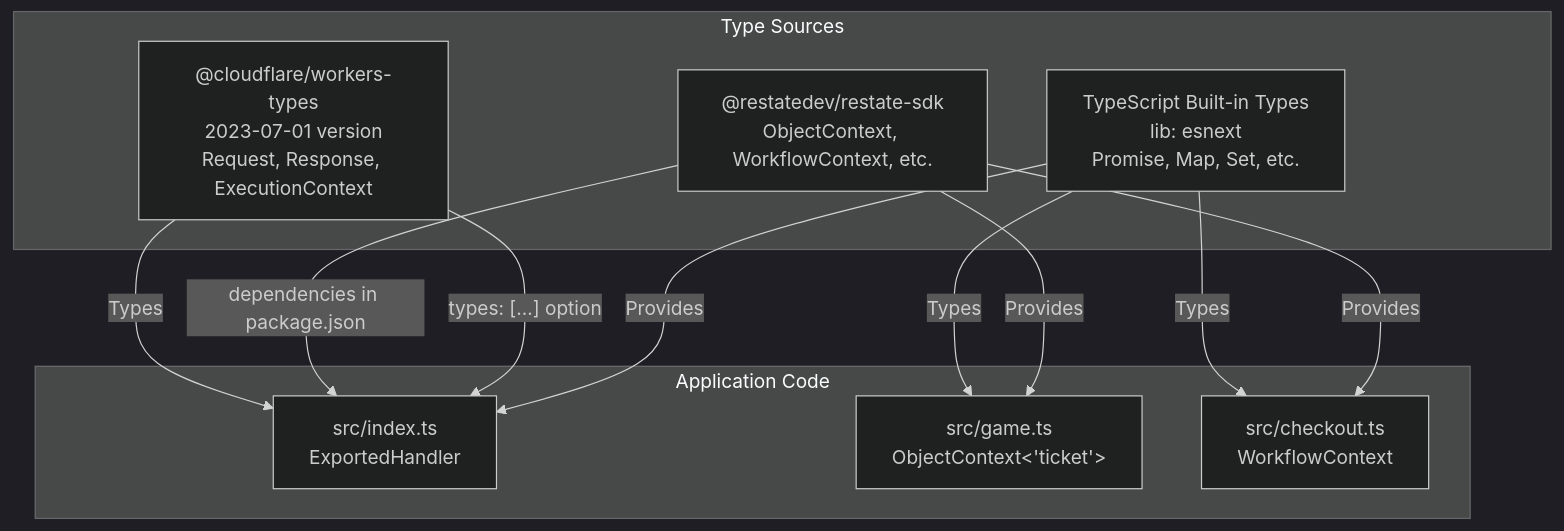
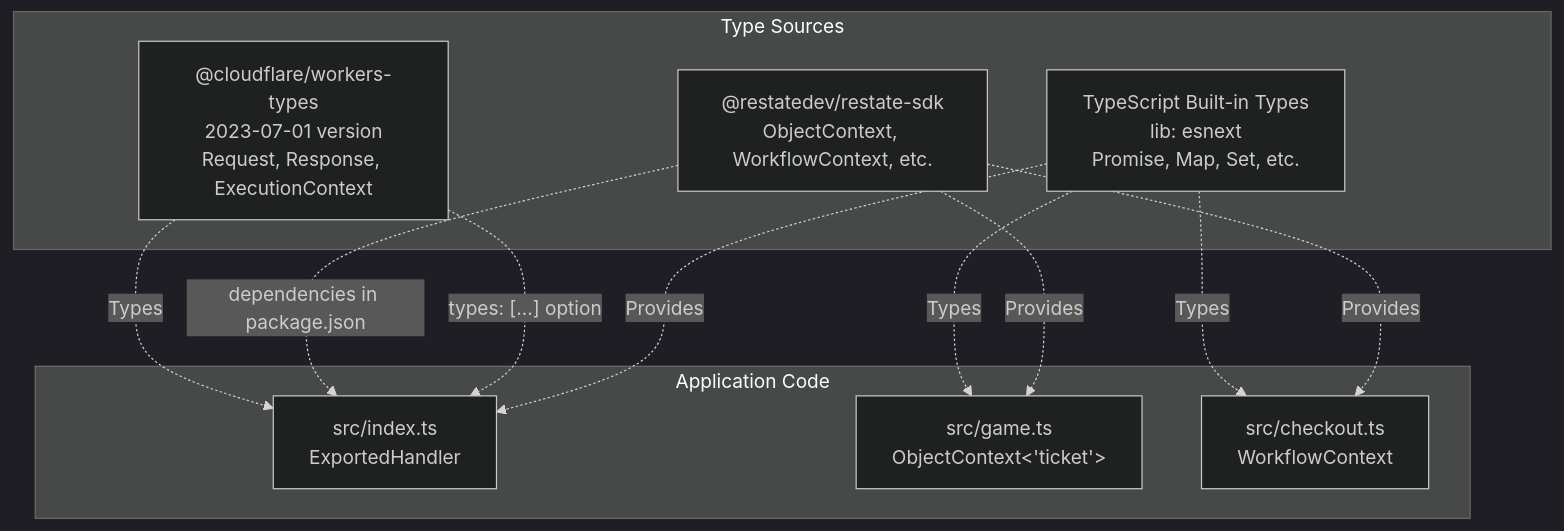
One commit to philipz/restate-cloudflare-workers-poc changed the second of 3 diagrams in docs/deepwiki/TypeScript-Configuration.md. Above: the diagram before and after it, drawn with Mermaid (dark theme). The commit also changed other lines of this file and 27 other files, not shown here.

````diff
--- a/docs/deepwiki/TypeScript-Configuration.md
+++ b/docs/deepwiki/TypeScript-Configuration.md
@@ -141,31 +141,31 @@
 ```mermaid
 flowchart TD
 
 BuiltIn["TypeScript Built-in Types<br>lib: esnext<br>Promise, Map, Set, etc."]
 Workers["@cloudflare/workers-types<br>2023-07-01 version<br>Request, Response, ExecutionContext"]
 Restate["@restatedev/restate-sdk<br>ObjectContext, WorkflowContext, etc."]
 Index["src/index.ts<br>ExportedHandler"]
 Game["src/game.ts<br>ObjectContext<'ticket'>"]
 Checkout["src/checkout.ts<br>WorkflowContext"]
 
-BuiltIn -->|"Provides"| Index
-Workers -->|"types: [...] option"| Index
-Restate -->|"dependencies in package.json"| Index
-Workers -->|"Types"| Index
-Restate -->|"Provides"| Game
-Restate -->|"Provides"| Checkout
-BuiltIn -->|"Types"| Game
-BuiltIn -->|"Types"| Checkout
+BuiltIn -.->|"Provides"| Index
+Workers -.->|"types: [...] option"| Index
+Restate -.->|"dependencies in package.json"| Index
+Workers -.->|"Types"| Index
+Restate -.->|"Provides"| Game
+Restate -.->|"Provides"| Checkout
+BuiltIn -.->|"Types"| Game
+BuiltIn -.->|"Types"| Checkout
 
 subgraph subGraph1 ["Application Code"]
     Index
     Game
     Checkout
 end
 
 subgraph subGraph0 ["Type Sources"]
     BuiltIn
     Workers
     Restate
 end
 ```
````
